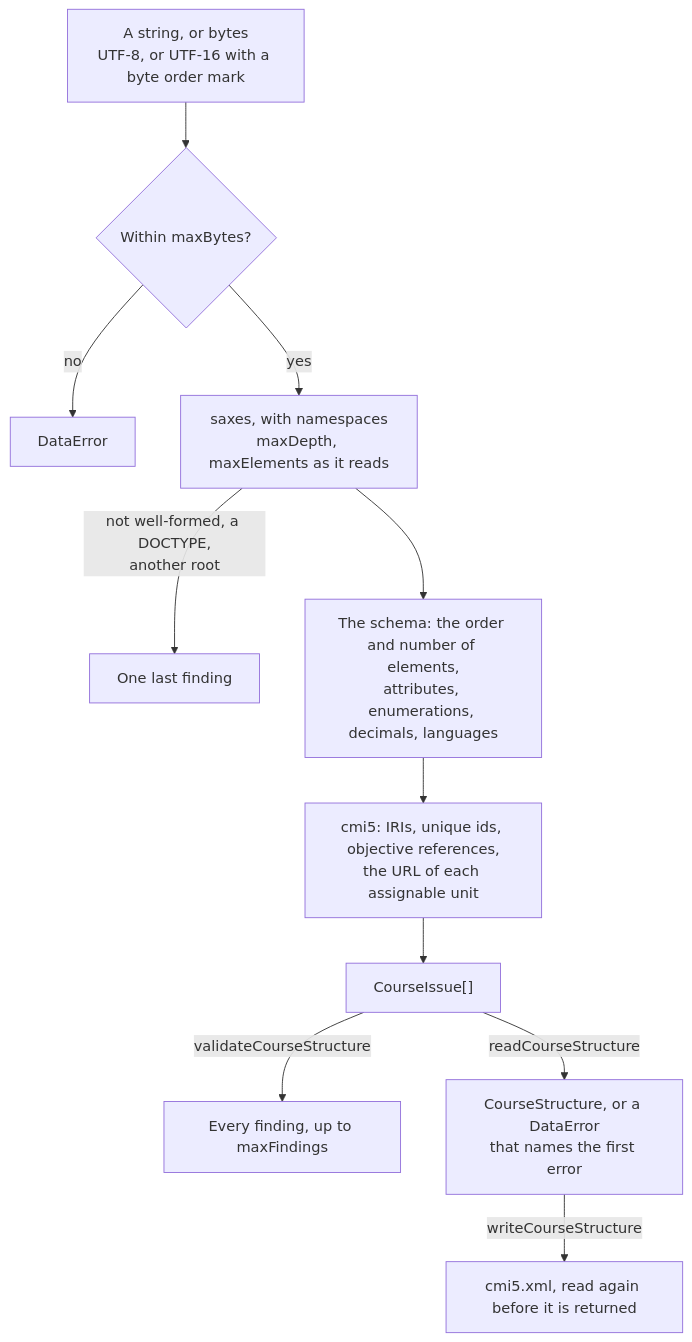
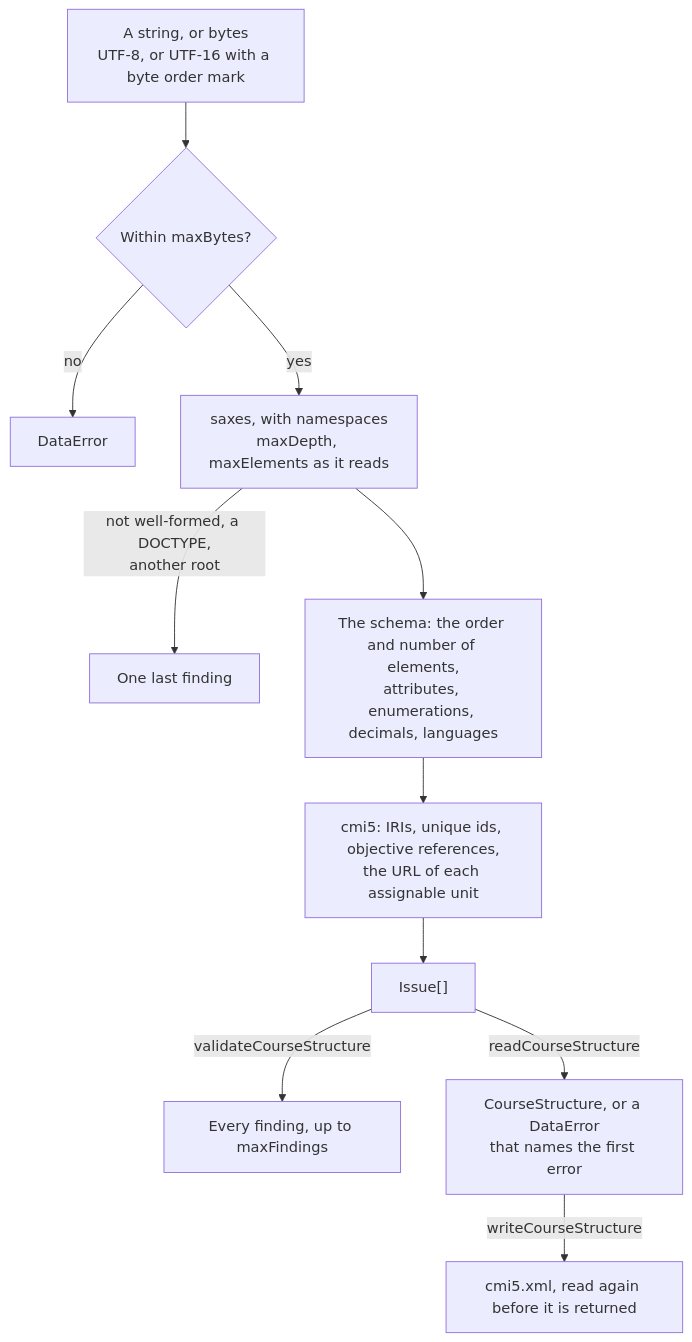
Before and after one commit to interopkit/interopkit: the diagram in docs/course-launch/structure.md, drawn with Mermaid. The commit also changed other lines of this file and 140 other files, not shown here.

````diff
--- a/docs/course-launch/structure.md
+++ b/docs/course-launch/structure.md
@@ -8,13 +8,13 @@
 ```mermaid
 flowchart TD
   input["A string, or bytes<br/>UTF-8, or UTF-16 with a byte order mark"] --> limits{"Within maxBytes?"}
   limits -->|"no"| refused["DataError"]
   limits -->|"yes"| parse["saxes, with namespaces<br/>maxDepth, maxElements as it reads"]
   parse -->|"not well-formed, a DOCTYPE,<br/>another root"| stop["One last finding"]
   parse --> schema["The schema: the order and number of elements,<br/>attributes, enumerations, decimals, languages"]
   schema --> cmi5["cmi5: IRIs, unique ids, objective references,<br/>the URL of each assignable unit"]
-  cmi5 --> findings["CourseIssue[]"]
+  cmi5 --> findings["Issue[]"]
   findings -->|"validateCourseStructure"| list["Every finding, up to maxFindings"]
   findings -->|"readCourseStructure"| model["CourseStructure, or a DataError<br/>that names the first error"]
   model -->|"writeCourseStructure"| xml["cmi5.xml, read again before it is returned"]
 ```
````
